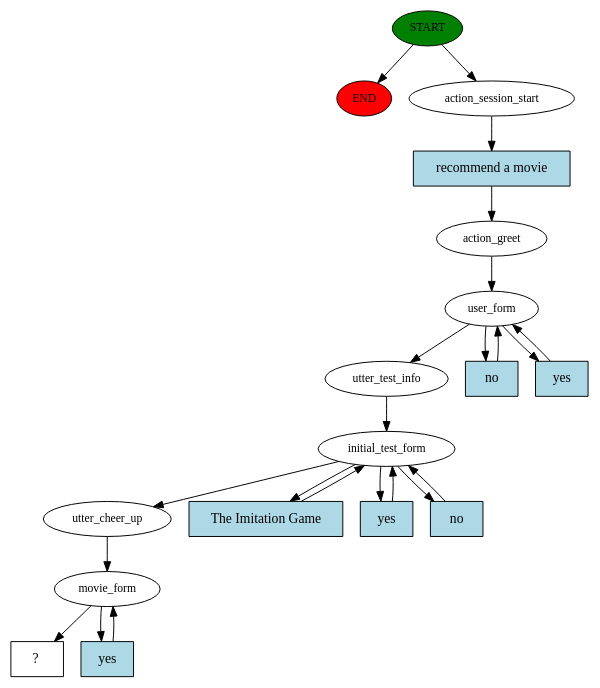
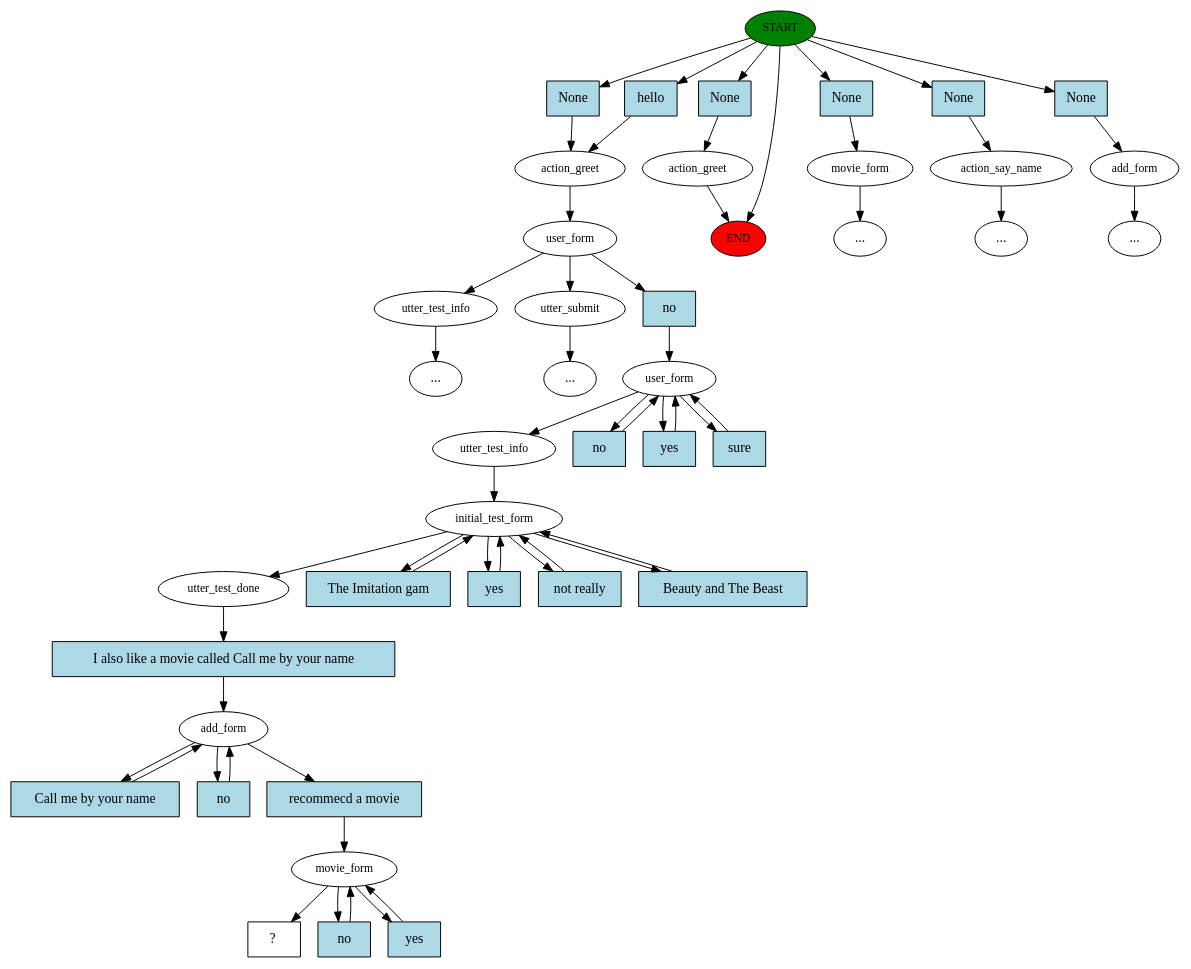
The diagram in story_graph.dot (amirazzam2000/MovieBot2.0), drawn with Graphviz before and after one commit. The commit also changed 7 other files, not shown here.

```diff
--- a/story_graph.dot
+++ b/story_graph.dot
@@ -1,41 +1,98 @@
 digraph  {
 0 [class="start active", fillcolor=green, fontsize=12, label=START, style=filled];
 "-1" [class=end, fillcolor=red, fontsize=12, label=END, style=filled];
-1 [class=active, fontsize=12, label=action_session_start];
-2 [class=active, fontsize=12, label=action_greet];
-3 [class=active, fontsize=12, label=user_form];
-8 [class=active, fontsize=12, label=utter_test_info];
-9 [class=active, fontsize=12, label=initial_test_form];
-16 [class=active, fontsize=12, label=utter_cheer_up];
-17 [class=active, fontsize=12, label=movie_form];
-20 [class="intent dashed active", label="  ?  ", shape=rect];
-21 [class="intent active", fillcolor=lightblue, label="recommend a movie", shape=rect, style=filled];
-22 [class="intent active", fillcolor=lightblue, label=no, shape=rect, style=filled];
-23 [class="intent active", fillcolor=lightblue, label=yes, shape=rect, style=filled];
-24 [class="intent active", fillcolor=lightblue, label="The Imitation Game", shape=rect, style=filled];
-25 [class="intent active", fillcolor=lightblue, label=yes, shape=rect, style=filled];
-26 [class="intent active", fillcolor=lightblue, label=no, shape=rect, style=filled];
-27 [class="intent active", fillcolor=lightblue, label=yes, shape=rect, style=filled];
+1 [class=active, fontsize=12, label=action_greet];
+2 [class=active, fontsize=12, label=user_form];
+3 [class="", fontsize=12, label=utter_test_info];
+9 [class="", fontsize=12, label=utter_submit];
+"-5" [class=ellipsis, label="..."];
+10 [class="", fontsize=12, label=movie_form];
+"-6" [class=ellipsis, label="..."];
+"-7" [class=ellipsis, label="..."];
+14 [class="", fontsize=12, label=action_greet];
+15 [class="", fontsize=12, label=action_say_name];
+"-8" [class=ellipsis, label="..."];
+16 [class="", fontsize=12, label=add_form];
+"-9" [class=ellipsis, label="..."];
+19 [class=active, fontsize=12, label=user_form];
+24 [class=active, fontsize=12, label=utter_test_info];
+25 [class=active, fontsize=12, label=initial_test_form];
+35 [class=active, fontsize=12, label=utter_test_done];
+36 [class=active, fontsize=12, label=add_form];
+39 [class=active, fontsize=12, label=movie_form];
+42 [class="intent dashed active", label="  ?  ", shape=rect];
+43 [class=intent, fillcolor=lightblue, label=None, shape=rect, style=filled];
+44 [class="intent active", fillcolor=lightblue, label=hello, shape=rect, style=filled];
+45 [class=intent, fillcolor=lightblue, label=None, shape=rect, style=filled];
+46 [class=intent, fillcolor=lightblue, label=None, shape=rect, style=filled];
+47 [class=intent, fillcolor=lightblue, label=None, shape=rect, style=filled];
+48 [class=intent, fillcolor=lightblue, label=None, shape=rect, style=filled];
+49 [class="intent active", fillcolor=lightblue, label=no, shape=rect, style=filled];
+50 [class="intent active", fillcolor=lightblue, label=no, shape=rect, style=filled];
+51 [class="intent active", fillcolor=lightblue, label=yes, shape=rect, style=filled];
+52 [class="intent active", fillcolor=lightblue, label=sure, shape=rect, style=filled];
+53 [class="intent active", fillcolor=lightblue, label="The Imitation gam", shape=rect, style=filled];
+54 [class="intent active", fillcolor=lightblue, label=yes, shape=rect, style=filled];
+55 [class="intent active", fillcolor=lightblue, label="not really", shape=rect, style=filled];
+56 [class="intent active", fillcolor=lightblue, label="Beauty and The Beast", shape=rect, style=filled];
+57 [class="intent active", fillcolor=lightblue, label="I also like a movie called Call me by your name", shape=rect, style=filled];
+58 [class="intent active", fillcolor=lightblue, label="Call me by your name", shape=rect, style=filled];
+59 [class="intent active", fillcolor=lightblue, label=no, shape=rect, style=filled];
+60 [class="intent active", fillcolor=lightblue, label="recommecd a movie", shape=rect, style=filled];
+61 [class="intent active", fillcolor=lightblue, label=no, shape=rect, style=filled];
+62 [class="intent active", fillcolor=lightblue, label=yes, shape=rect, style=filled];
 0 -> "-1"  [class="", key=NONE, label=""];
-0 -> 1  [class=active, key=NONE, label=""];
-1 -> 21  [class=active, key=0];
-2 -> 3  [class=active, key=NONE, label=""];
-3 -> 8  [class=active, key=NONE, label=""];
-3 -> 22  [class=active, key=0];
-3 -> 23  [class=active, key=0];
-8 -> 9  [class=active, key=NONE, label=""];
-9 -> 16  [class=active, key=NONE, label=""];
-9 -> 24  [class=active, key=0];
-9 -> 25  [class=active, key=0];
-9 -> 26  [class=active, key=0];
-16 -> 17  [class=active, key=NONE, label=""];
-17 -> 20  [class=active, key=NONE, label=""];
-17 -> 27  [class=active, key=0];
-21 -> 2  [class=active, key=0];
-22 -> 3  [class=active, key=0];
-23 -> 3  [class=active, key=0];
-24 -> 9  [class=active, key=0];
-25 -> 9  [class=active, key=0];
-26 -> 9  [class=active, key=0];
-27 -> 17  [class=active, key=0];
+0 -> 43  [class="", key=0];
+0 -> 44  [class=active, key=0];
+0 -> 45  [class="", key=0];
+0 -> 46  [class="", key=0];
+0 -> 47  [class="", key=0];
+0 -> 48  [class="", key=0];
+1 -> 2  [class=active, key=NONE, label=""];
+2 -> 3  [class="", key=NONE, label=""];
+2 -> 9  [class="", key=NONE, label=""];
+2 -> 49  [class=active, key=0];
+3 -> "-7"  [class="", key=NONE, label=""];
+9 -> "-5"  [class="", key=NONE, label=""];
+10 -> "-6"  [class="", key=NONE, label=""];
+14 -> "-1"  [class="", key=NONE, label=""];
+15 -> "-8"  [class="", key=NONE, label=""];
+16 -> "-9"  [class="", key=NONE, label=""];
+19 -> 24  [class=active, key=NONE, label=""];
+19 -> 50  [class=active, key=0];
+19 -> 51  [class=active, key=0];
+19 -> 52  [class=active, key=0];
+24 -> 25  [class=active, key=NONE, label=""];
+25 -> 35  [class=active, key=NONE, label=""];
+25 -> 53  [class=active, key=0];
+25 -> 54  [class=active, key=0];
+25 -> 55  [class=active, key=0];
+25 -> 56  [class=active, key=0];
+35 -> 57  [class=active, key=0];
+36 -> 58  [class=active, key=0];
+36 -> 59  [class=active, key=0];
+36 -> 60  [class=active, key=0];
+39 -> 42  [class=active, key=NONE, label=""];
+39 -> 61  [class=active, key=0];
+39 -> 62  [class=active, key=0];
+43 -> 1  [class="", key=0];
+44 -> 1  [class=active, key=0];
+45 -> 10  [class="", key=0];
+46 -> 14  [class="", key=0];
+47 -> 15  [class="", key=0];
+48 -> 16  [class="", key=0];
+49 -> 19  [class=active, key=0];
+50 -> 19  [class=active, key=0];
+51 -> 19  [class=active, key=0];
+52 -> 19  [class=active, key=0];
+53 -> 25  [class=active, key=0];
+54 -> 25  [class=active, key=0];
+55 -> 25  [class=active, key=0];
+56 -> 25  [class=active, key=0];
+57 -> 36  [class=active, key=0];
+58 -> 36  [class=active, key=0];
+59 -> 36  [class=active, key=0];
+60 -> 39  [class=active, key=0];
+61 -> 39  [class=active, key=0];
+62 -> 39  [class=active, key=0];
 }
```
